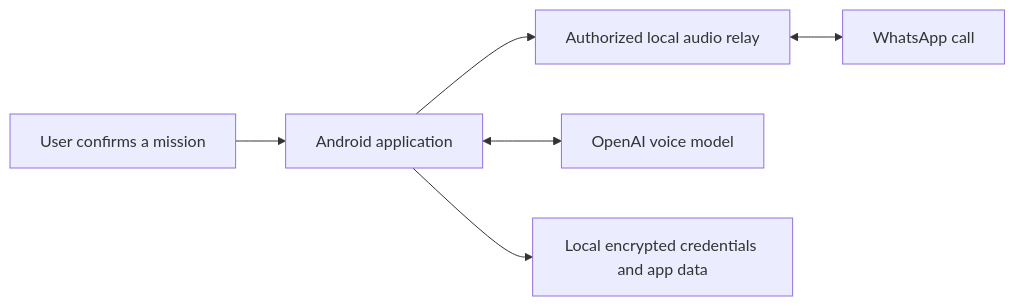
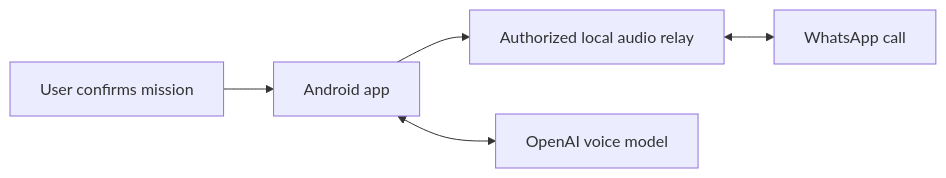
Before and after one commit to iasibadr/whatsapp-ai: the diagram in README.md, drawn with Mermaid. The commit also changed other lines of this file and 1 other file, not shown here.

````diff
--- a/README.md
+++ b/README.md
@@ -59,8 +54,7 @@
 ```mermaid
 flowchart LR
-  U[User confirms a mission] --> A[Android application]
+  U[User confirms mission] --> A[Android app]
   A --> R[Authorized local audio relay]
   R <--> C[WhatsApp call]
   A <--> M[OpenAI voice model]
-  A --> V[Local encrypted credentials and app data]
 ```
````
